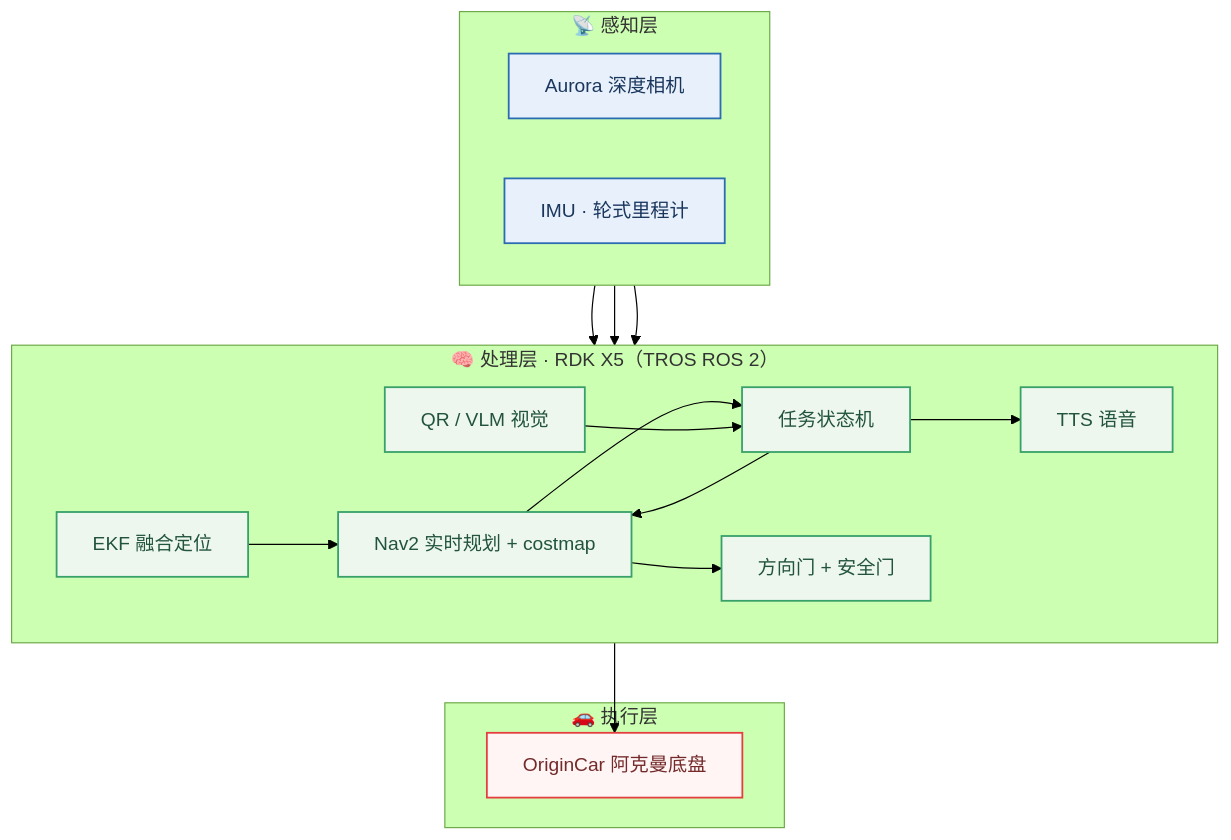
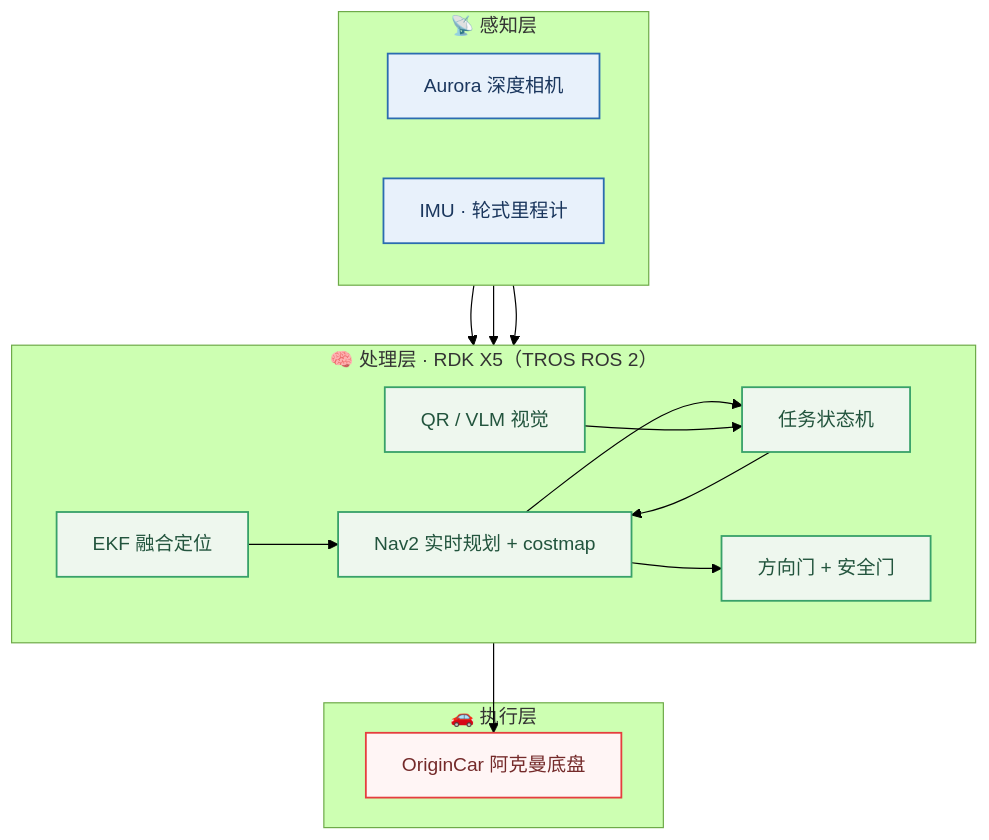
One commit to LX-HMKK/SmartCar_V2026 changed the first of 2 diagrams in README_cn.md. Above: the diagram before and after it, drawn with Mermaid (forest theme). The commit also changed other lines of this file and 138 other files, not shown here.

````diff
--- a/README_cn.md
+++ b/README_cn.md
@@ -29,40 +29,38 @@
 ```mermaid
 flowchart TB
     subgraph SENSE["📡 感知层"]
         direction LR
         AU["Aurora 深度相机"]
         IM["IMU · 轮式里程计"]
     end
 
     subgraph PROC["🧠 处理层 · RDK X5（TROS ROS 2）"]
         direction LR
         EKF["EKF 融合定位"]
         NAV["Nav2 实时规划 + costmap"]
         VIS["QR / VLM 视觉"]
-        SPC["TTS 语音"]
         TSK["任务状态机"]
         SF["方向门 + 安全门"]
     end
 
     subgraph ACT["🚗 执行层"]
         BASE["OriginCar 阿克曼底盘"]
     end
 
     IM --> EKF
     AU --> NAV
     AU --> VIS
     EKF --> NAV
     NAV --> TSK
     VIS --> TSK
-    TSK --> SPC
     TSK --> NAV
     NAV --> SF
     SF --> BASE
 
     classDef sense fill:#e8f1fb,stroke:#2b6cb0,stroke-width:1.5px,color:#1a365d
     classDef proc fill:#eef7ee,stroke:#38a169,stroke-width:1.5px,color:#22543d
     classDef act fill:#fff5f5,stroke:#e53e3e,stroke-width:1.5px,color:#742a2a
     class AU,IM sense
-    class EKF,NAV,VIS,SPC,TSK,SF proc
+    class EKF,NAV,VIS,TSK,SF proc
     class BASE act
 ```
````
